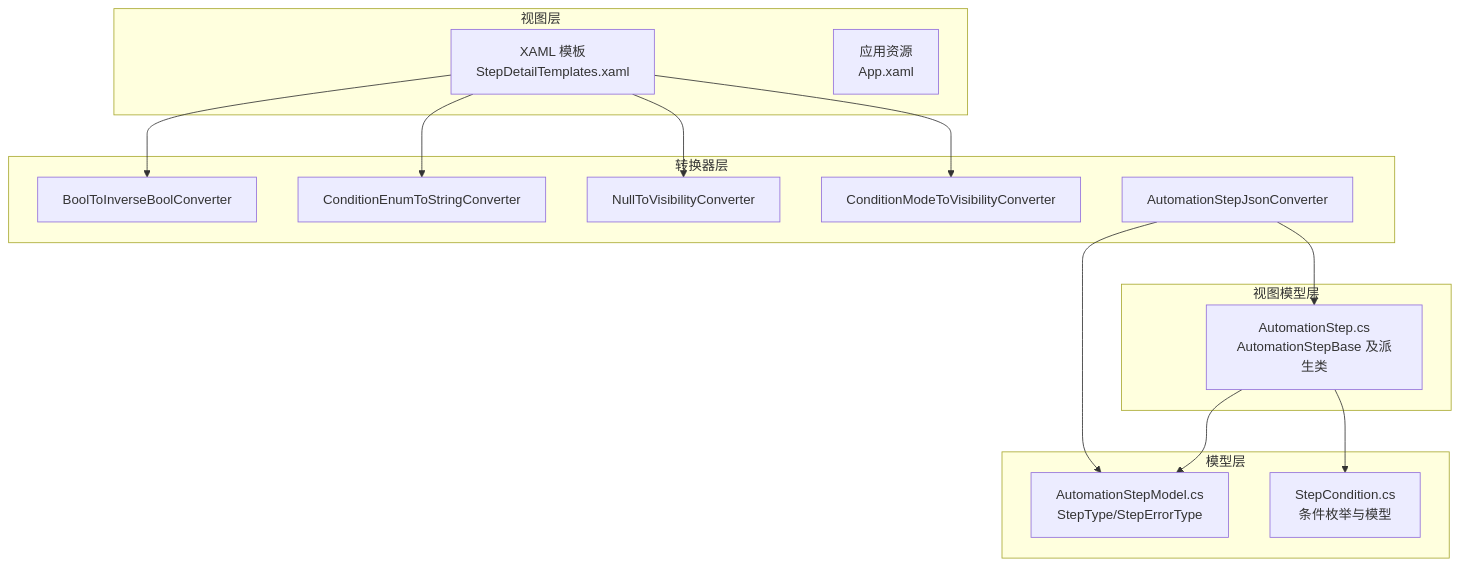
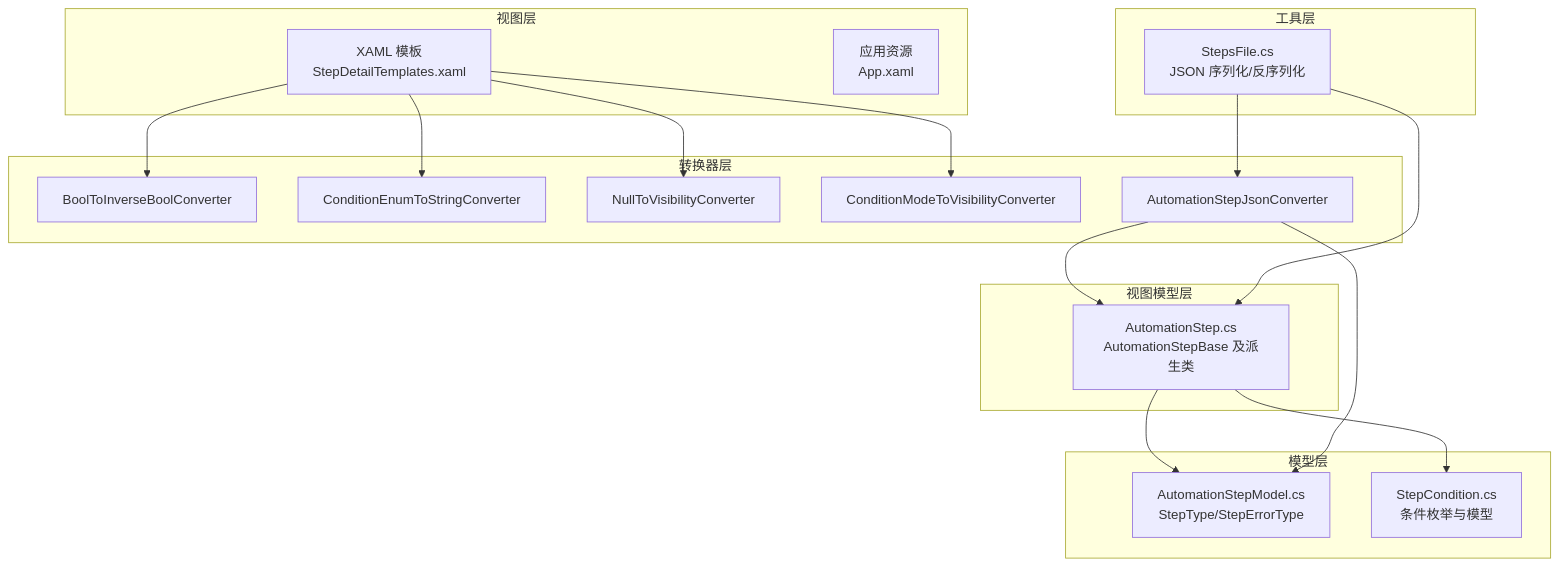
The first of 8 diagrams in .qoder/repowiki/zh/content/用户界面系统/数据绑定与转换器.md (yooxii/ShaoLuAuto), drawn with Mermaid before and after one commit. The commit also changed other lines of this file and 45 other files, not shown here.

````diff
--- a/.qoder/repowiki/zh/content/用户界面系统/数据绑定与转换器.md
+++ b/.qoder/repowiki/zh/content/用户界面系统/数据绑定与转换器.md
@@ -48,29 +57,34 @@
 ```mermaid
 graph TB
 subgraph "视图层"
 XAML["XAML 模板<br/>StepDetailTemplates.xaml"]
 APP["应用资源<br/>App.xaml"]
 end
 subgraph "转换器层"
 C1["BoolToInverseBoolConverter"]
 C2["ConditionEnumToStringConverter"]
 C3["NullToVisibilityConverter"]
 C4["ConditionModeToVisibilityConverter"]
 J1["AutomationStepJsonConverter"]
 end
 subgraph "模型层"
 M1["AutomationStepModel.cs<br/>StepType/StepErrorType"]
 M2["StepCondition.cs<br/>条件枚举与模型"]
 end
 subgraph "视图模型层"
 VM1["AutomationStep.cs<br/>AutomationStepBase 及派生类"]
 end
+subgraph "工具层"
+U1["StepsFile.cs<br/>JSON 序列化/反序列化"]
+end
 XAML --> C1
 XAML --> C2
 XAML --> C3
 XAML --> C4
 VM1 --> M1
 VM1 --> M2
 J1 --> VM1
 J1 --> M1
+U1 --> J1
+U1 --> VM1
 ```
````
